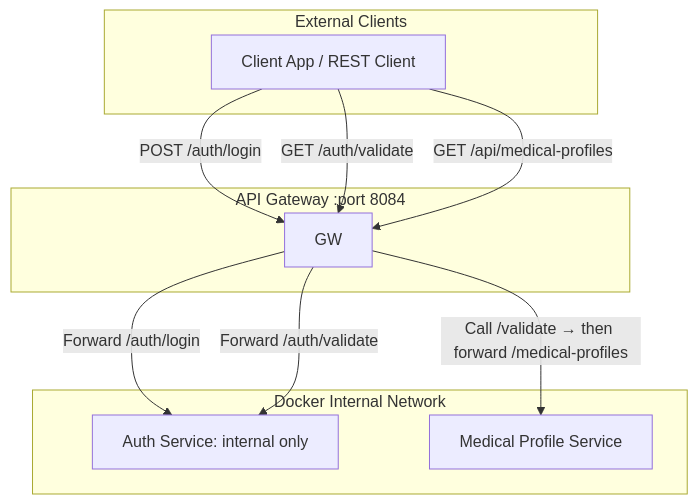
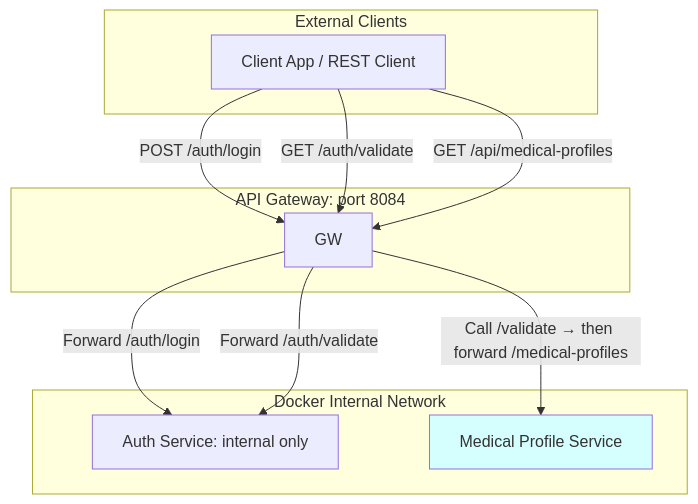
One commit to PritiAryal/MediCore changed the ninth of 11 diagrams in README.md. Above: the diagram before and after it, drawn with Mermaid. The commit also changed other lines of this file, not shown here.

````diff
--- a/README.md
+++ b/README.md
@@ -1218,23 +1228,26 @@
 ```mermaid
 flowchart TD
-    subgraph External [External Clients]
-        CLIENT[Client App / REST Client]
-    end
+  subgraph External [External Clients]
+    CLIENT[Client App / REST Client]
+  end
 
-    subgraph Gateway [API Gateway :port 8084]
-        GW
-    end
+  subgraph Gateway [API Gateway: port 8084]
+    GW
+  end
 
-    subgraph InternalNetwork [Docker Internal Network]
-        AUTH[Auth Service: internal only]
-        PROFILE[Medical Profile Service]
-    end
+  subgraph InternalNetwork [Docker Internal Network]
+    AUTH[Auth Service: internal only]
+    PROFILE[Medical Profile Service]
+  end
 
-    CLIENT -->|POST /auth/login| GW
-    CLIENT -->|GET /auth/validate| GW
-    CLIENT -->|GET /api/medical-profiles| GW
+  CLIENT -->|POST /auth/login| GW
+  CLIENT -->|GET /auth/validate| GW
+  CLIENT -->|GET /api/medical-profiles| GW
 
-    GW -->|Forward /auth/login| AUTH
-    GW -->|Forward /auth/validate| AUTH
-    GW -->|Call /validate → then forward /medical-profiles| PROFILE
+  GW -->|Forward /auth/login| AUTH
+  GW -->|Forward /auth/validate| AUTH
+  GW -->|Call /validate → then forward /medical-profiles| PROFILE:::highlight
+
+  classDef highlight fill:#D5FFFF;
+
 ```
````
